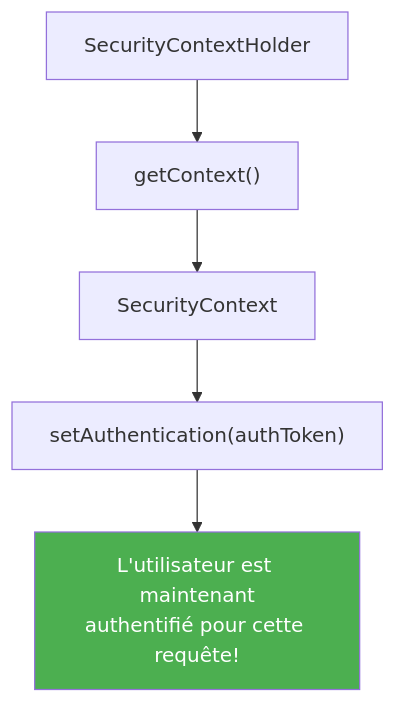
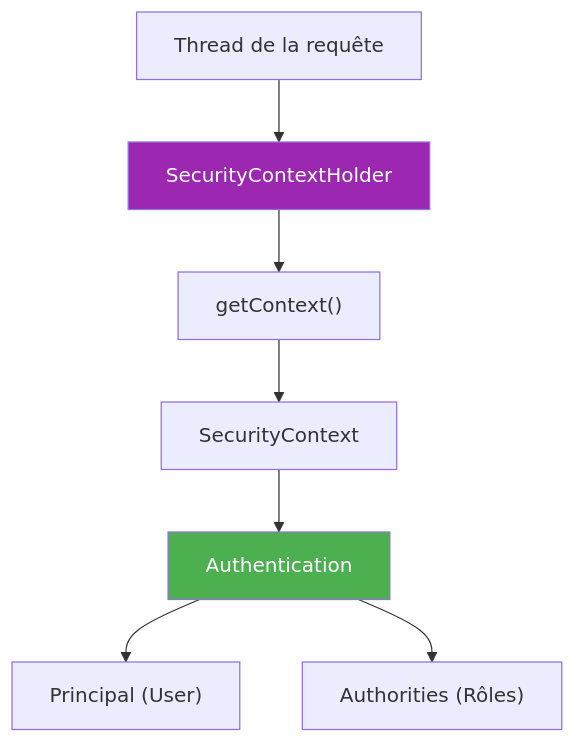
Diagram 17 of 20 in cours/25-exercice-jwtauthfilter.md (hrhouma1/inskillflow-docs-formation-spring-boot-projet-e-contact-backend), drawn with Mermaid before and after one commit. The commit also changed other lines of this file, not shown here.

````diff
--- a/cours/25-exercice-jwtauthfilter.md
+++ b/cours/25-exercice-jwtauthfilter.md
@@ -583,10 +1114,13 @@
 ```mermaid
 graph TB
-    A["SecurityContextHolder"]
-    A --> B["getContext()"]
-    B --> C["SecurityContext"]
-    C --> D["setAuthentication(authToken)"]
-    D --> E["L'utilisateur est maintenant<br/>authentifié pour cette requête!"]
+    A["Thread de la requête"]
+    A --> B["SecurityContextHolder"]
+    B --> C["getContext()"]
+    C --> D["SecurityContext"]
+    D --> E["Authentication"]
+    E --> F["Principal (User)"]
+    E --> G["Authorities (Rôles)"]
     
+    style B fill:#9C27B0,color:#fff
     style E fill:#4CAF50,color:#fff
 ```
````
